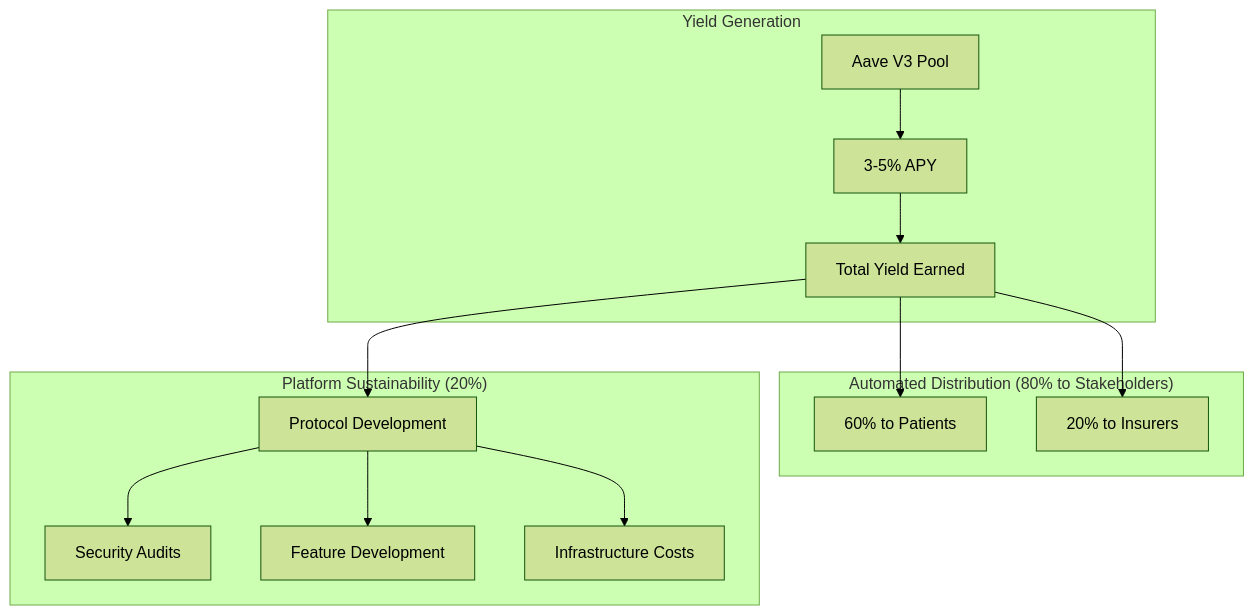
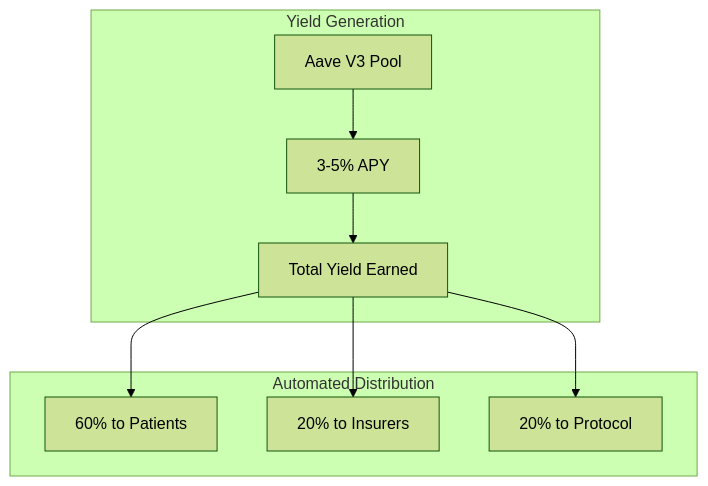
Before and after one commit to ppezzull/zkMed: the eighth of 11 diagrams in memory-bank/systemPatterns.md, drawn with Mermaid (forest theme). The commit also changed other lines of this file and 185 other files, not shown here.

````diff
--- a/memory-bank/systemPatterns.md
+++ b/memory-bank/systemPatterns.md
@@ -300,19 +226,13 @@
 ```mermaid
 graph TB
     subgraph "Yield Generation"
         A[Aave V3 Pool] --> B[3-5% APY]
         B --> C[Total Yield Earned]
     end
     
-    subgraph "Automated Distribution (80% to Stakeholders)"
+    subgraph "Automated Distribution"
         C --> D[60% to Patients]
         C --> E[20% to Insurers]
-    end
-    
-    subgraph "Platform Sustainability (20%)"
-        C --> F[Protocol Development]
-        F --> G[Security Audits]
-        F --> H[Feature Development]
-        F --> I[Infrastructure Costs]
+        C --> F[20% to Protocol]
     end
 ```
````
